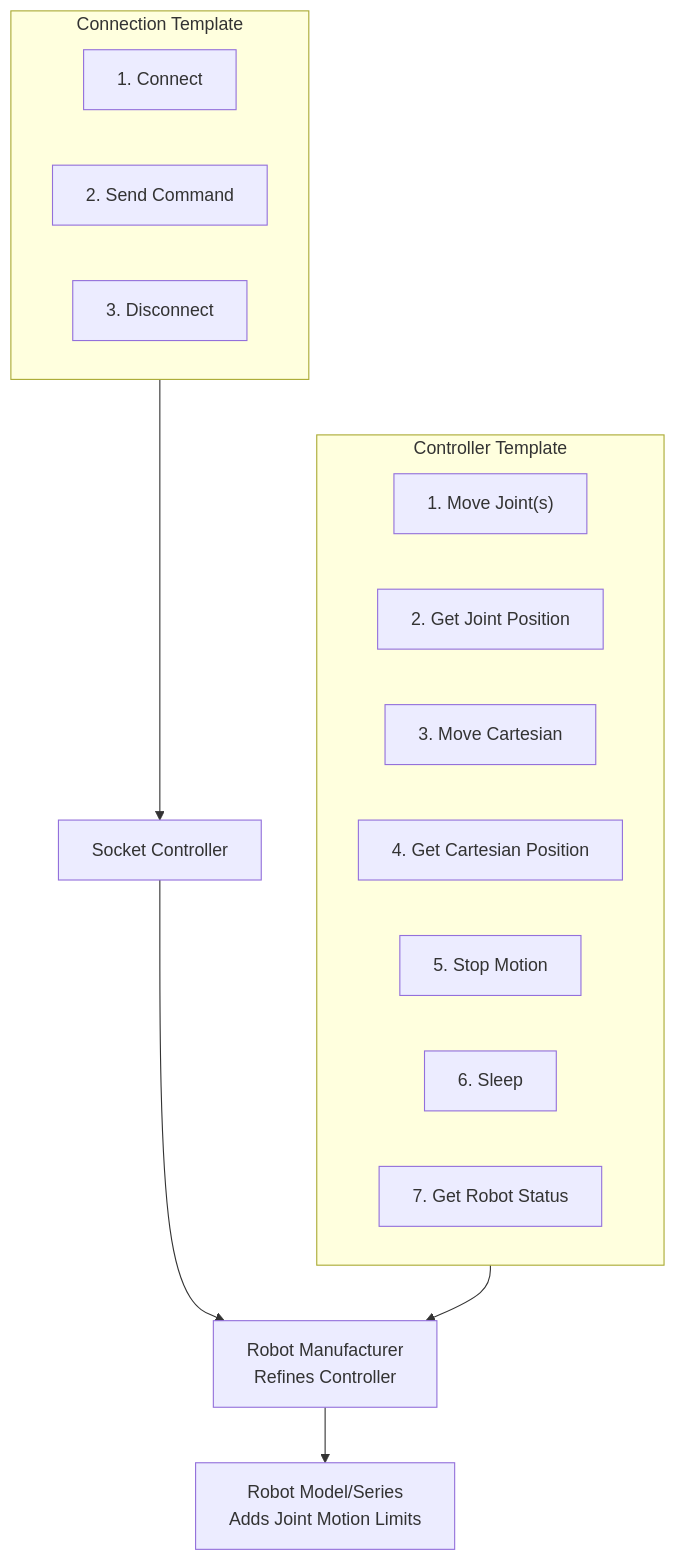
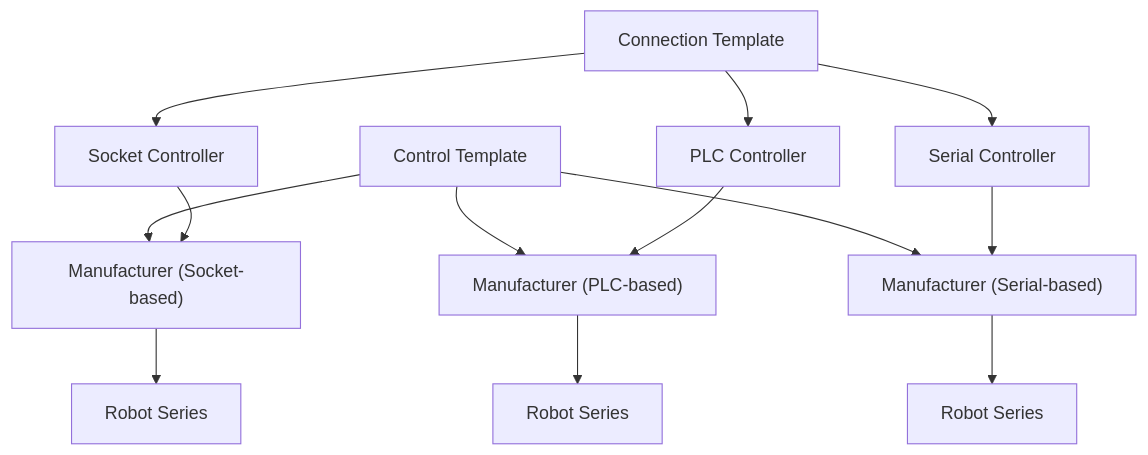
The diagram in README.md (MGross21/armctl), drawn with Mermaid before and after one commit. The commit also changed other lines of this file, not shown here.

Commit message:
Enhance README.md with connection and control templates, including method descriptions and a graphical overview.

````diff
--- a/README.md
+++ b/README.md
@@ -97,27 +115,41 @@
 ```mermaid
 flowchart TD
-    subgraph ConnTemplate["Connection Template"]
-        CT1["1. Connect"]
-        CT2["2. Send Command"]
-        CT3["3. Disconnect"]
-    end
+    %% Templates
+    ConnTemplate["Connection Template"]
+    CtrlTemplate["Control Template"]
 
-    subgraph CtrlTemplate["Controller Template"]
-        C1["1. Move Joint(s)"]
-        C2["2. Get Joint Position"]
-        C3["3. Move Cartesian"]
-        C4["4. Get Cartesian Position"]
-        C5["5. Stop Motion"]
-        C6["6. Sleep"]
-        C7["7. Get Robot Status"]
-    end
+    %% Controller Implementations
+    SocketController["Socket Controller"]
+    PLCController["PLC Controller"]
+    SerialController["Serial Controller"]
 
-    SocketController["Socket Controller"]
-    RobotManuf["Robot Manufacturer<br>Refines Controller"]
-    RobotModel["Robot Model/Series<br>Adds Joint Motion Limits"]
+    %% Manufacturers
+    Manufacturer1["Manufacturer (Socket-based)"]
+    Manufacturer2["Manufacturer (PLC-based)"]
+    Manufacturer3["Manufacturer (Serial-based)"]
 
+    %% Robot Series
+    Series1["Robot Series"]
+    Series2["Robot Series"]
+    Series3["Robot Series"]
+
+    %% Connection Template to Controllers
     ConnTemplate --> SocketController
-    CtrlTemplate --> RobotManuf
-    SocketController --> RobotManuf
-    RobotManuf --> RobotModel
+    ConnTemplate --> PLCController
+    ConnTemplate --> SerialController
+
+    %% Control Template to Manufacturers
+    CtrlTemplate --> Manufacturer1
+    CtrlTemplate --> Manufacturer2
+    CtrlTemplate --> Manufacturer3
+
+    %% Controllers to Manufacturers
+    SocketController --> Manufacturer1
+    PLCController --> Manufacturer2
+    SerialController --> Manufacturer3
+
+    %% Manufacturers to Series
+    Manufacturer1 --> Series1
+    Manufacturer2 --> Series2
+    Manufacturer3 --> Series3
 ```
````
